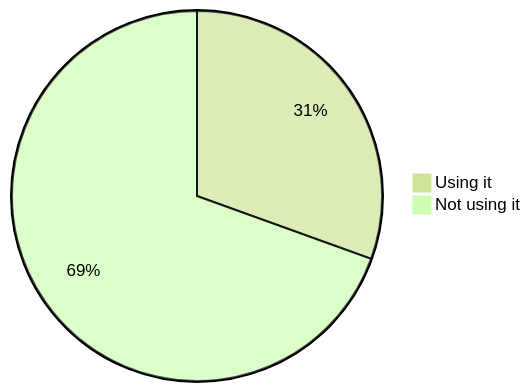
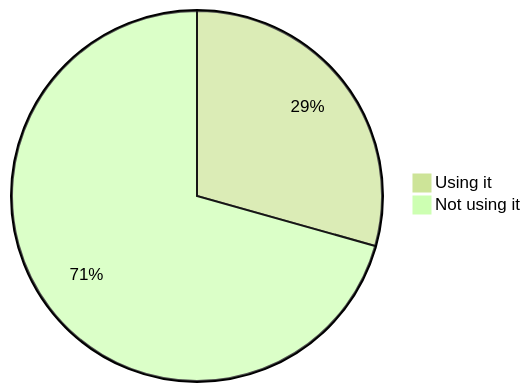
Before and after one commit to oshp/oshp-stats: diagram 14 of 22 in stats.md, drawn with Mermaid (forest theme). The commit also changed other lines of this file, not shown here.

````diff
--- a/stats.md
+++ b/stats.md
@@ -166,6 +166,6 @@
 ```mermaid
 pie
-	"Using it" : 30.51
-	"Not using it" : 69.49
+	"Using it" : 29.35
+	"Not using it" : 70.65
 
 ```
````
